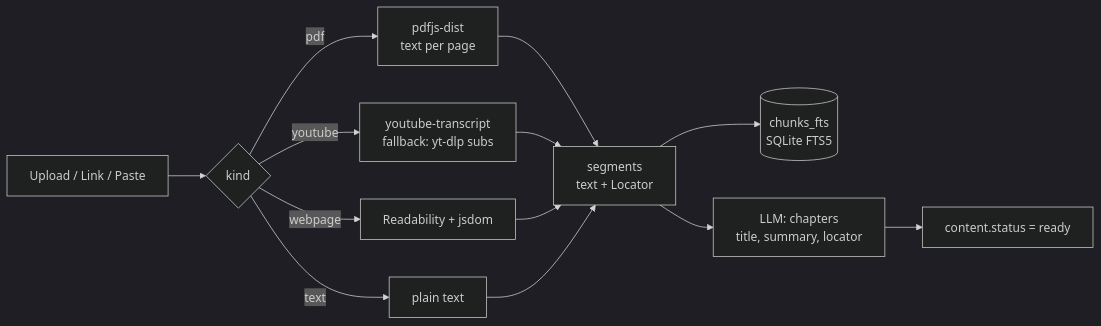
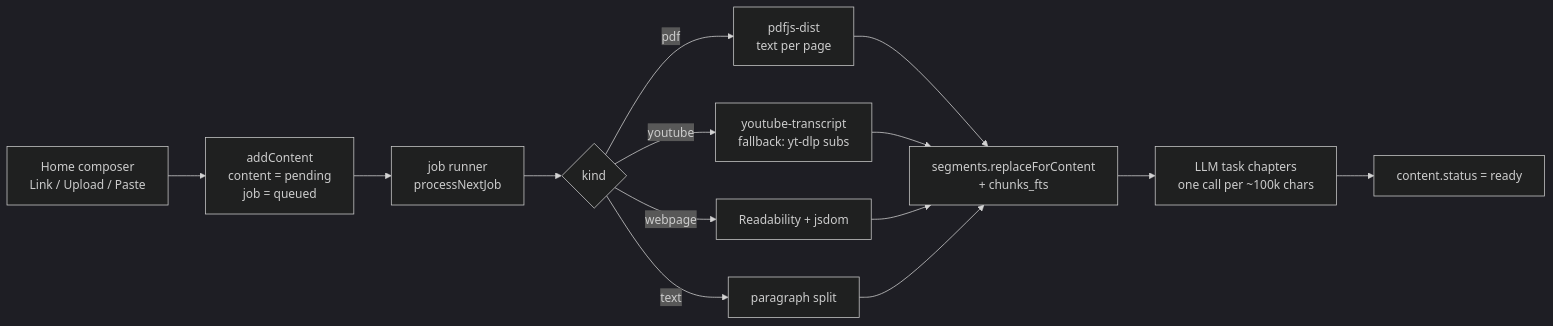
Before and after one commit to huannguyen2114/thoth: the first of 2 diagrams in docs/technical_design/03-ingestion.md, drawn with Mermaid (dark theme). The commit also changed other lines of this file and 9 other files, not shown here.

````diff
--- a/docs/technical_design/03-ingestion.md
+++ b/docs/technical_design/03-ingestion.md
@@ -9,12 +9,13 @@
 ```mermaid
 flowchart LR
-  in[Upload / Link / Paste] --> detect{kind}
+  in[Home composer<br/>Link / Upload / Paste] --> add[addContent<br/>content = pending<br/>job = queued]
+  add --> run[job runner<br/>processNextJob]
+  run --> detect{kind}
   detect -->|pdf| pdf[pdfjs-dist<br/>text per page]
   detect -->|youtube| yt[youtube-transcript<br/>fallback: yt-dlp subs]
   detect -->|webpage| web[Readability + jsdom]
-  detect -->|text| txt[plain text]
-  pdf & yt & web & txt --> seg[segments<br/>text + Locator]
-  seg --> fts[(chunks_fts<br/>SQLite FTS5)]
-  seg --> ch[LLM: chapters<br/>title, summary, locator]
+  detect -->|text| txt[paragraph split]
+  pdf & yt & web & txt --> seg[segments.replaceForContent<br/>+ chunks_fts]
+  seg --> ch[LLM task chapters<br/>one call per ~100k chars]
   ch --> ready[content.status = ready]
 ```
````
